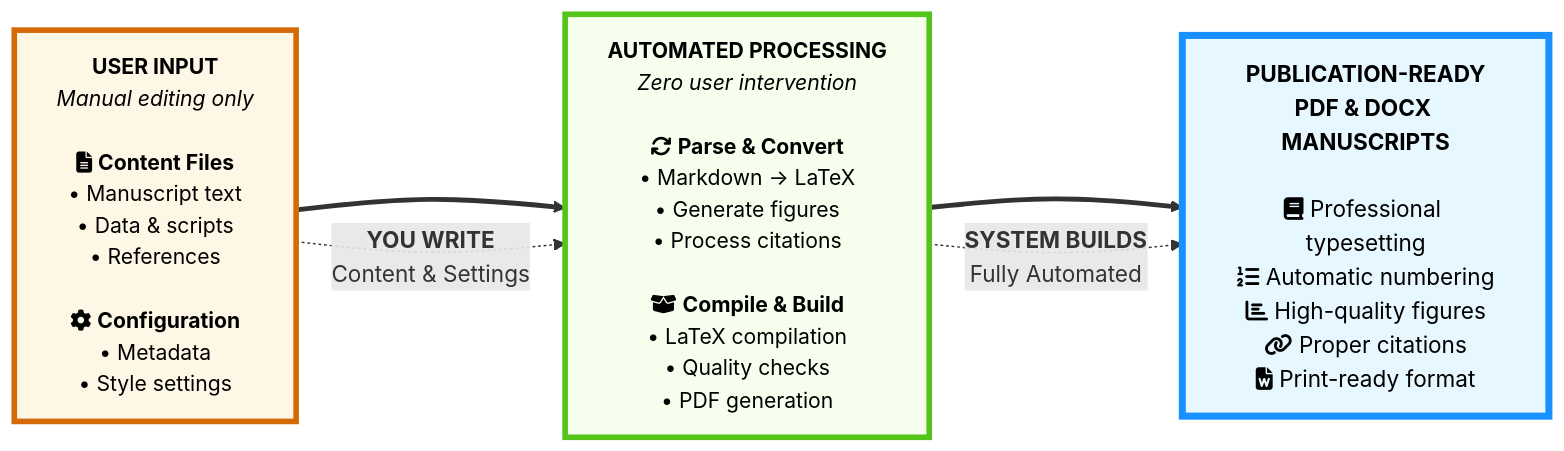
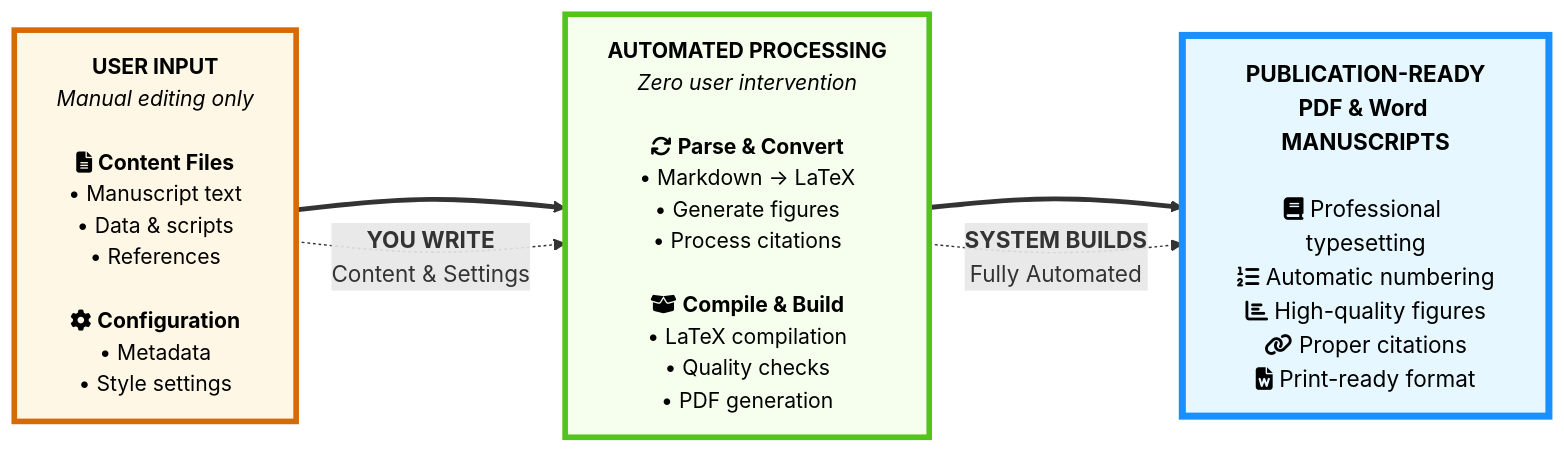
Before and after one commit to HenriquesLab/manuscript-rxiv-maker: the diagram in MANUSCRIPT/FIGURES/Figure__workflow.mmd, drawn with Mermaid. The commit also changed 8 other files, not shown here.

First line of the commit message:
fix: Improve manuscript quality and Word export

```diff
--- a/MANUSCRIPT/FIGURES/Figure__workflow.mmd
+++ b/MANUSCRIPT/FIGURES/Figure__workflow.mmd
@@ -1,27 +1,27 @@
 flowchart LR
     %% USER INPUT SECTION - Simplified without inner boxes
     USER["<b>USER INPUT</b><br/><i>Manual editing only</i><br/><br/>fa:fa-file-alt <b>Content Files</b><br/>   • Manuscript text<br/>   • Data & scripts<br/>   • References<br/><br/>fa:fa-cog <b>Configuration</b><br/>   • Metadata<br/>   • Style settings"]
 
     %% AUTOMATED PROCESSING - Simplified without inner boxes
     AUTO["<b>AUTOMATED PROCESSING</b><br/><i>Zero user intervention</i><br/><br/>fa:fa-sync <b>Parse & Convert</b><br/>   • Markdown → LaTeX<br/>   • Generate figures<br/>   • Process citations<br/><br/>fa:fa-box-open <b>Compile & Build</b><br/>   • LaTeX compilation<br/>   • Quality checks<br/>   • PDF generation"]
 
     %% FINAL OUTPUT
-    OUTPUT["<b>PUBLICATION-READY<br/>PDF & DOCX MANUSCRIPTS</b><br/><br/>fa:fa-book Professional typesetting<br/>fa:fa-list-ol Automatic numbering<br/>fa:fa-chart-bar High-quality figures<br/>fa:fa-link Proper citations<br/>fa:fa-file-word Print-ready format"]
+    OUTPUT["<b>PUBLICATION-READY<br/>PDF & Word MANUSCRIPTS</b><br/><br/>fa:fa-book Professional typesetting<br/>fa:fa-list-ol Automatic numbering<br/>fa:fa-chart-bar High-quality figures<br/>fa:fa-link Proper citations<br/>fa:fa-file-word Print-ready format"]
 
     %% Flow connections with thicker arrows
     USER ==> AUTO
     AUTO ==> OUTPUT
 
     %% Annotations - cleaner labels
     USER -.-> |"<b>YOU WRITE</b><br/>Content & Settings"| AUTO
     AUTO -.-> |"<b>SYSTEM BUILDS</b><br/>Fully Automated"| OUTPUT
 
     %% Styling - Clean, high contrast, publication ready
     classDef userBox fill:#fff7e6,stroke:#d46b08,stroke-width:4px,color:#000,font-size:15px
     classDef autoBox fill:#f6ffed,stroke:#52c41a,stroke-width:4px,color:#000,font-size:15px
     classDef outputBox fill:#e6f7ff,stroke:#1890ff,stroke-width:5px,color:#000,font-size:16px
 
     %% Apply classes
     class USER userBox
     class AUTO autoBox
     class OUTPUT outputBox
```
